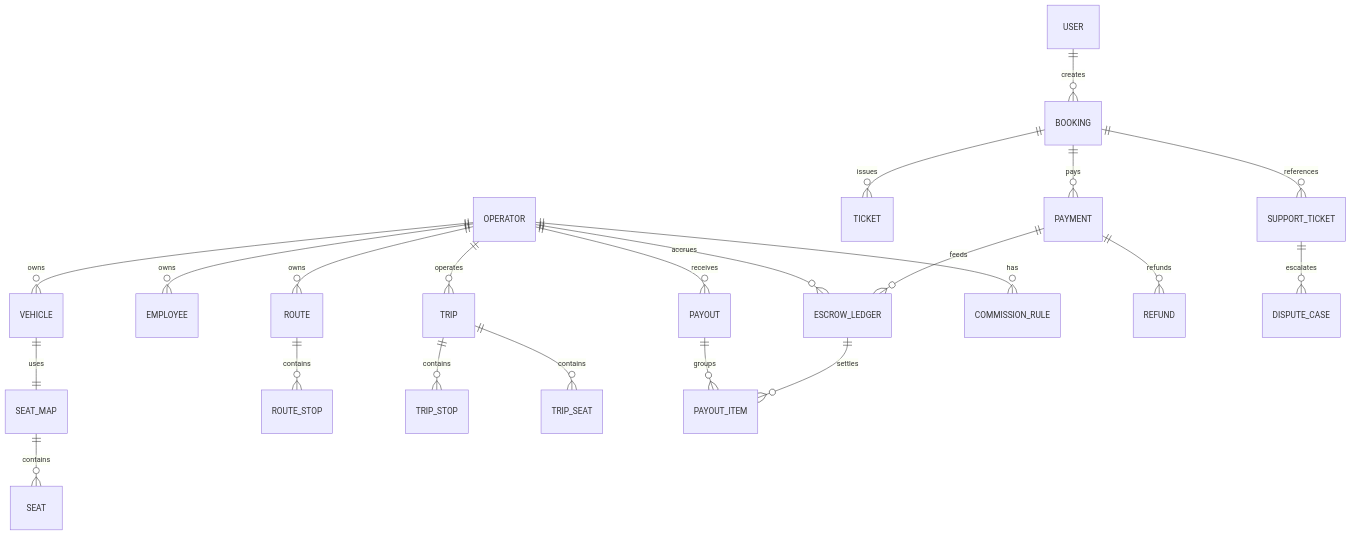
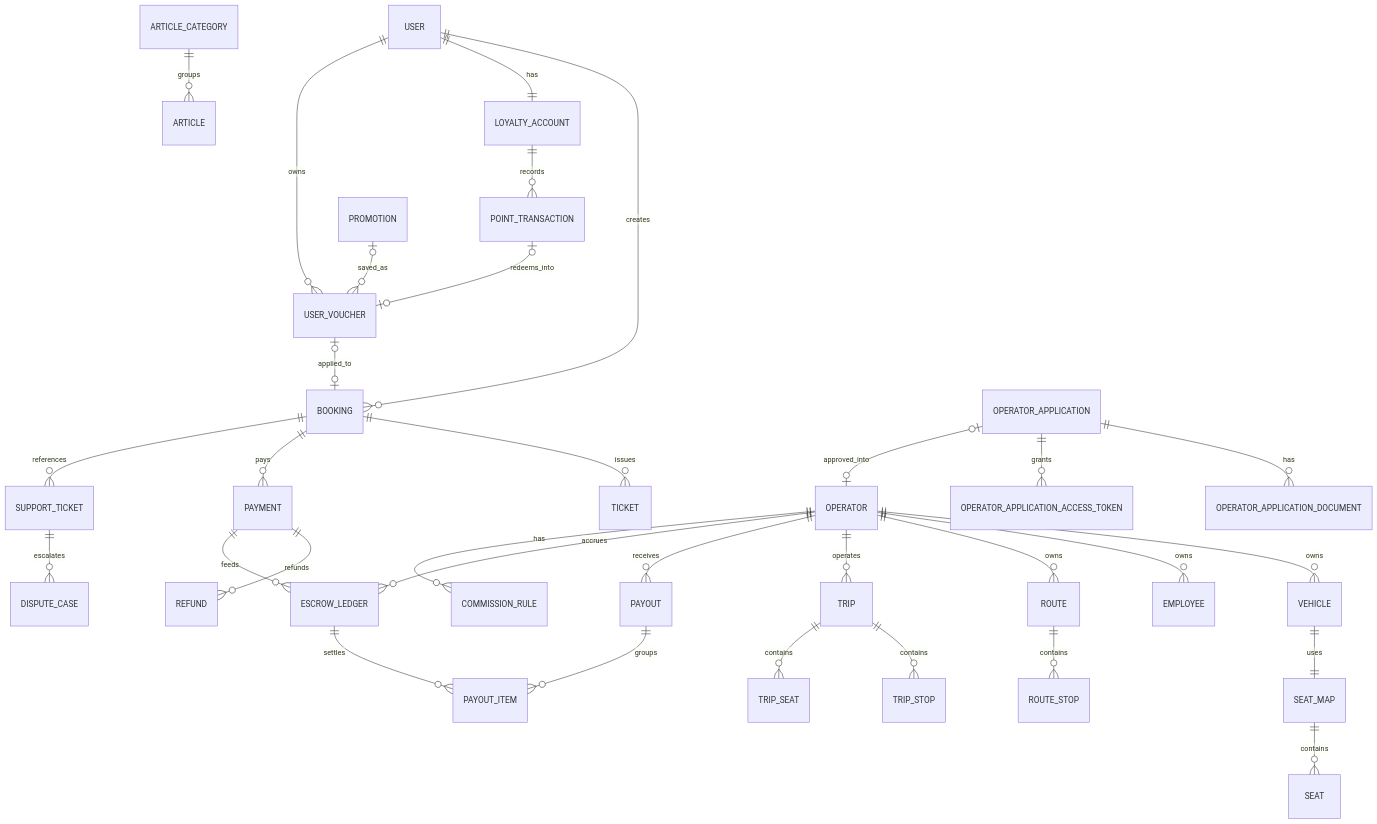
One commit to nhkyn0410/Marketplace-Ve-Xe-Nhanh changed the diagram in doc/SDLC/04-database-design.md. Above: the diagram before and after it, drawn with Mermaid. The commit also changed other lines of this file and 12 other files, not shown here.

````diff
--- a/doc/SDLC/04-database-design.md
+++ b/doc/SDLC/04-database-design.md
@@ -127,24 +131,34 @@
 ```mermaid
 erDiagram
     OPERATOR ||--o{ VEHICLE : owns
     OPERATOR ||--o{ EMPLOYEE : owns
     OPERATOR ||--o{ ROUTE : owns
     OPERATOR ||--o{ TRIP : operates
     OPERATOR ||--o{ PAYOUT : receives
     OPERATOR ||--o{ ESCROW_LEDGER : accrues
     OPERATOR ||--o{ COMMISSION_RULE : has
     VEHICLE ||--|| SEAT_MAP : uses
     SEAT_MAP ||--o{ SEAT : contains
     ROUTE ||--o{ ROUTE_STOP : contains
     TRIP ||--o{ TRIP_STOP : contains
     TRIP ||--o{ TRIP_SEAT : contains
     USER ||--o{ BOOKING : creates
     BOOKING ||--o{ TICKET : issues
     BOOKING ||--o{ PAYMENT : pays
     PAYMENT ||--o{ REFUND : refunds
     PAYMENT ||--o{ ESCROW_LEDGER : feeds
     PAYOUT ||--o{ PAYOUT_ITEM : groups
     ESCROW_LEDGER ||--o{ PAYOUT_ITEM : settles
     BOOKING ||--o{ SUPPORT_TICKET : references
     SUPPORT_TICKET ||--o{ DISPUTE_CASE : escalates
+    USER ||--|| LOYALTY_ACCOUNT : has
+    LOYALTY_ACCOUNT ||--o{ POINT_TRANSACTION : records
+    USER ||--o{ USER_VOUCHER : owns
+    POINT_TRANSACTION |o--o| USER_VOUCHER : redeems_into
+    PROMOTION |o--o{ USER_VOUCHER : saved_as
+    USER_VOUCHER |o--o| BOOKING : applied_to
+    ARTICLE_CATEGORY ||--o{ ARTICLE : groups
+    OPERATOR_APPLICATION ||--o{ OPERATOR_APPLICATION_DOCUMENT : has
+    OPERATOR_APPLICATION ||--o{ OPERATOR_APPLICATION_ACCESS_TOKEN : grants
+    OPERATOR_APPLICATION |o--o| OPERATOR : approved_into
 ```
````
